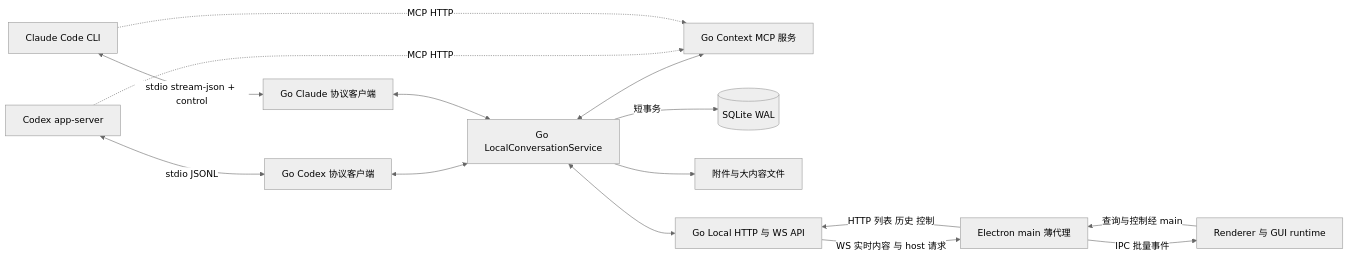
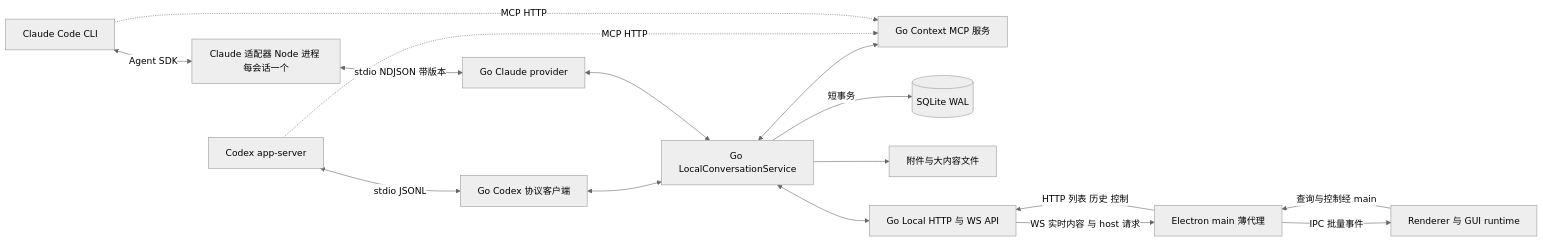
One commit to chovy-ai/multica changed the second of 2 diagrams in docs/engineering/local-conversation-go-sqlite-plan.md. Above: the diagram before and after it, drawn with Mermaid (neutral theme). The commit also changed other lines of this file, not shown here.

First line of the commit message:
docs(engineering): keep Claude on the Agent SDK with per-session adapters

````diff
--- a/docs/engineering/local-conversation-go-sqlite-plan.md
+++ b/docs/engineering/local-conversation-go-sqlite-plan.md
@@ -124,17 +125,18 @@
 ```mermaid
 flowchart LR
   C[Codex app-server] <-->|stdio JSONL| P[Go Codex 协议客户端]
-  CL[Claude Code CLI] <-->|stdio stream-json + control| Q[Go Claude 协议客户端]
+  CL[Claude Code CLI] <-->|Agent SDK| N[Claude 适配器 Node 进程 每会话一个]
+  N <-->|stdio NDJSON 带版本| Q[Go Claude provider]
   P <--> S[Go LocalConversationService]
   Q <--> S
   S <--> X[Go Context MCP 服务]
   C -.->|MCP HTTP| X
   CL -.->|MCP HTTP| X
   S -->|短事务| D[(SQLite WAL)]
   S --> F[附件与大内容文件]
   S <--> A[Go Local HTTP 与 WS API]
   A -->|WS 实时内容 与 host 请求| M[Electron main 薄代理]
   M -->|IPC 批量事件| R[Renderer 与 GUI runtime]
   R -->|查询与控制经 main| M
   M -->|HTTP 列表 历史 控制| A
 ```
````
